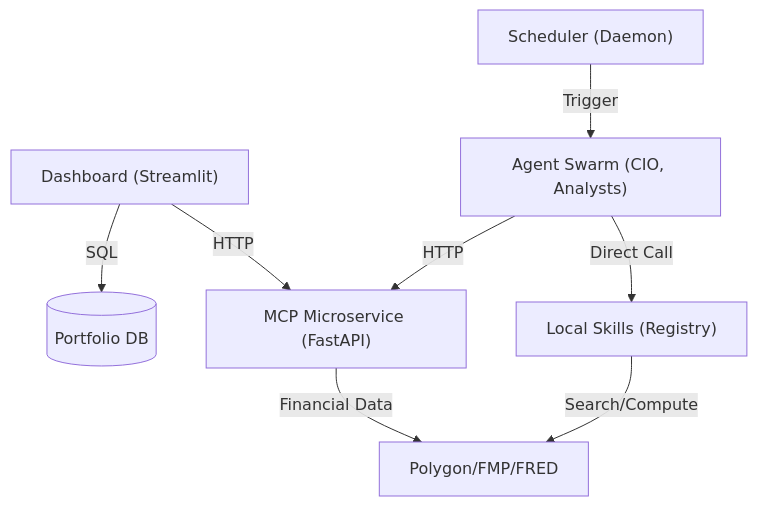
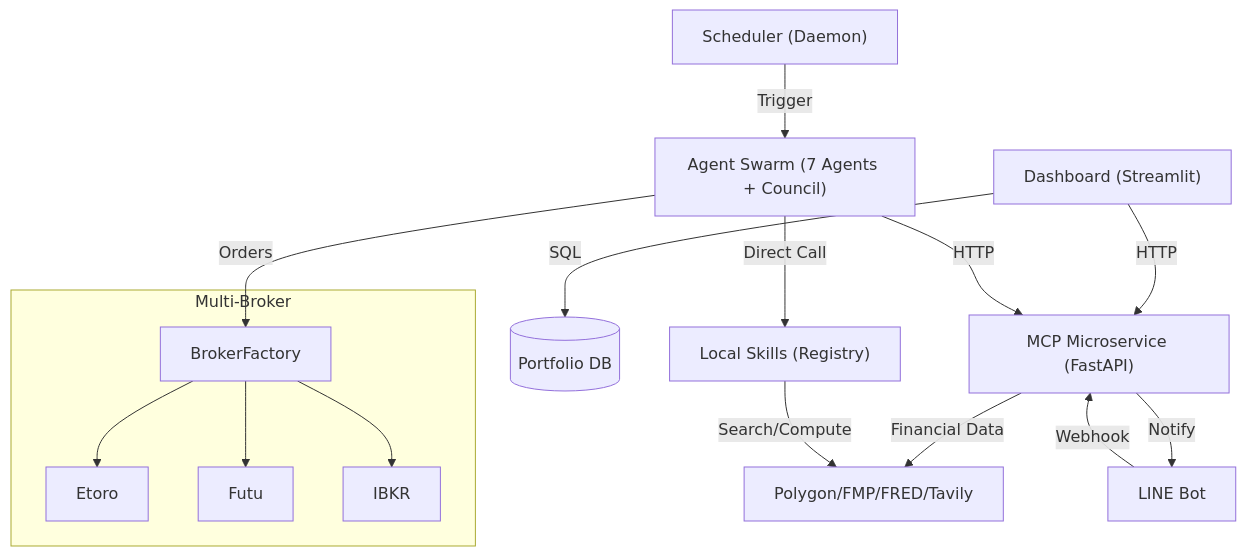
One commit to neohsiung/AI-Investment-Advisor changed the first of 3 diagrams in wiki/04_架構觀點-Architect_Views/系統全景圖-System-Landscape.md. Above: the diagram before and after it, drawn with Mermaid. The commit also changed other lines of this file and 29 other files, not shown here.

````diff
--- a/wiki/04_架構觀點-Architect_Views/系統全景圖-System-Landscape.md
+++ b/wiki/04_架構觀點-Architect_Views/系統全景圖-System-Landscape.md
@@ -36,10 +39,18 @@
 ```mermaid
 graph TD
     UI["Dashboard (Streamlit)"] -->|SQL| DB[(Portfolio DB)]
     UI -->|HTTP| MCP_Serv["MCP Microservice (FastAPI)"]
-    Sch["Scheduler (Daemon)"] -->|Trigger| Agents["Agent Swarm (CIO, Analysts)"]
+    Sch["Scheduler (Daemon)"] -->|Trigger| Agents["Agent Swarm (7 Agents + Council)"]
     Agents -->|Direct Call| Local["Local Skills (Registry)"]
     Agents -->|HTTP| MCP_Serv
-    MCP_Serv -->|Financial Data| APIs[Polygon/FMP/FRED]
+    MCP_Serv -->|Financial Data| APIs[Polygon/FMP/FRED/Tavily]
     Local -->|Search/Compute| APIs
+
+    subgraph "Multi-Broker"
+        BF[BrokerFactory] --> ET[Etoro] & FU[Futu] & IK[IBKR]
+    end
+
+    Agents -->|Orders| BF
+    LINE[LINE Bot] -->|Webhook| MCP_Serv
+    MCP_Serv -->|Notify| LINE
 ```
````
